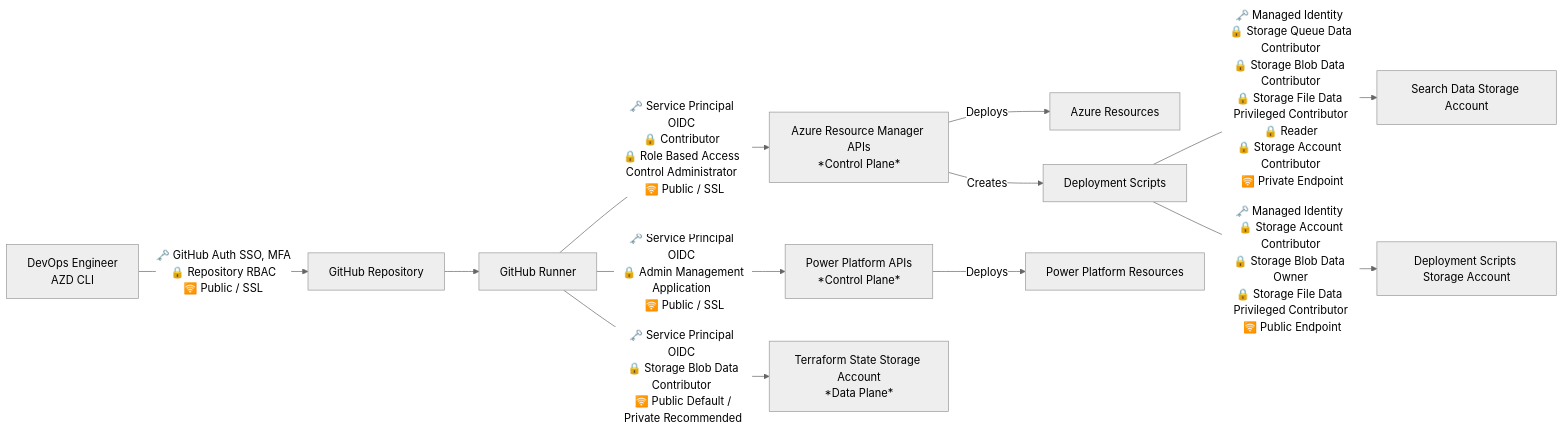
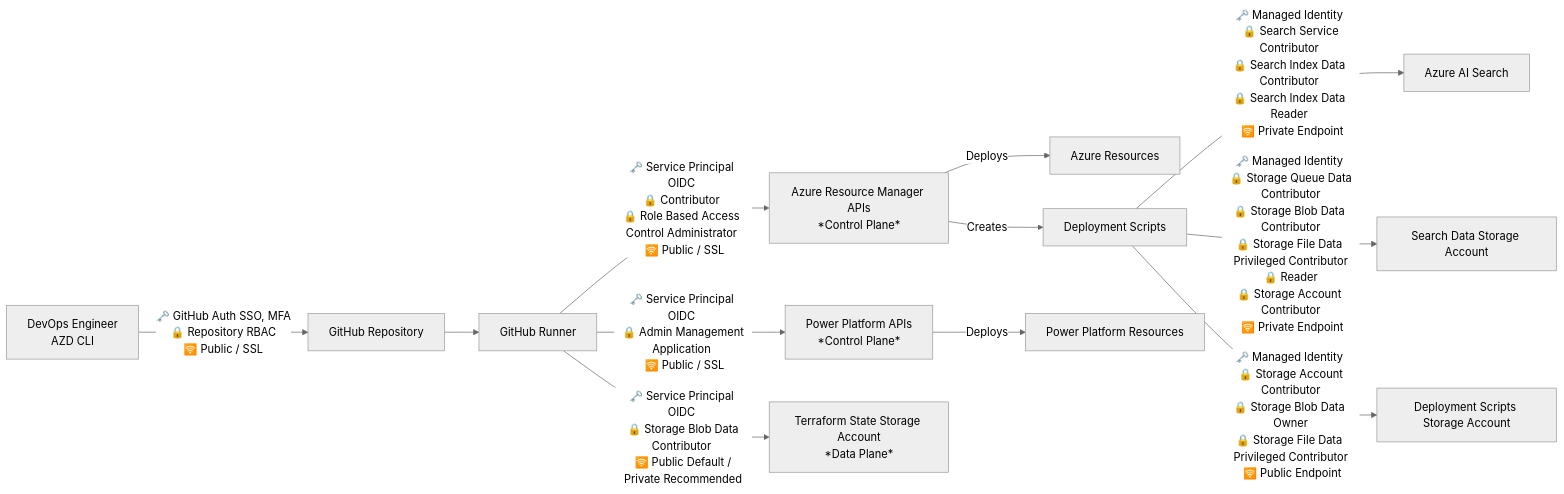
The fourth of 4 diagrams in docs/security_considerations.md (Azure-Samples/Copilot-Studio-with-Azure-AI-Search), drawn with Mermaid (neutral theme) before and after one commit. The commit also changed other lines of this file, not shown here.

Commit message:
fix(docs): update deployment script diagram to clarify managed identity roles and permissions

````diff
--- a/docs/security_considerations.md
+++ b/docs/security_considerations.md
@@ -210,14 +210,15 @@
 ```mermaid
 graph LR
     Developer[DevOps Engineer<br>AZD CLI] --> |🗝️ GitHub Auth SSO, MFA <br> 🔒 Repository RBAC <br> 🛜 Public / SSL| GitHub[GitHub Repository]
     GitHub --> Runner[GitHub Runner]
     Runner --> |🗝️ Service Principal OIDC <br>🔒 Contributor <br>🔒 Role Based Access Control Administrator <br> 🛜 Public / SSL | AzureCP[Azure Resource Manager APIs<br>*Control Plane*]
     Runner --> |🗝️ Service Principal OIDC <br> 🔒 Admin Management Application <br> 🛜 Public / SSL | PPAPI[Power Platform APIs<br>*Control Plane*]
     Runner --> | 🗝️ Service Principal OIDC <br> 🔒 Storage Blob Data Contributor <br> 🛜 Public Default / Private Recommended | State[Terraform State Storage Account<br>*Data Plane*]
     AzureCP --> |Deploys| AzureResources[Azure Resources]
     AzureCP --> |Creates| DeployScript[Deployment Scripts]
+    DeployScript --> |🗝️ Managed Identity <br> 🔒 Search Service Contributor <br>🔒 Search Index Data Contributor <br>🔒 Search Index Data Reader <br> 🛜 Private Endpoint | AISearch[Azure AI Search]
     DeployScript --> |🗝️ Managed Identity <br> 🔒 Storage Queue Data Contributor<br>🔒 Storage Blob Data Contributor<br>🔒 Storage File Data Privileged Contributor<br>🔒 Reader<br>🔒 Storage Account Contributor<br> 🛜 Private Endpoint| Storage[Search Data Storage Account]
     DeployScript --> |🗝️ Managed Identity <br> 🔒 Storage Account Contributor<br>🔒 Storage Blob Data Owner<br>🔒 Storage File Data Privileged Contributor<br> 🛜 Public Endpoint| DSStorage[Deployment Scripts Storage Account]
 
     PPAPI --> |Deploys| PPSolution[Power Platform Resources]
 ```
````
